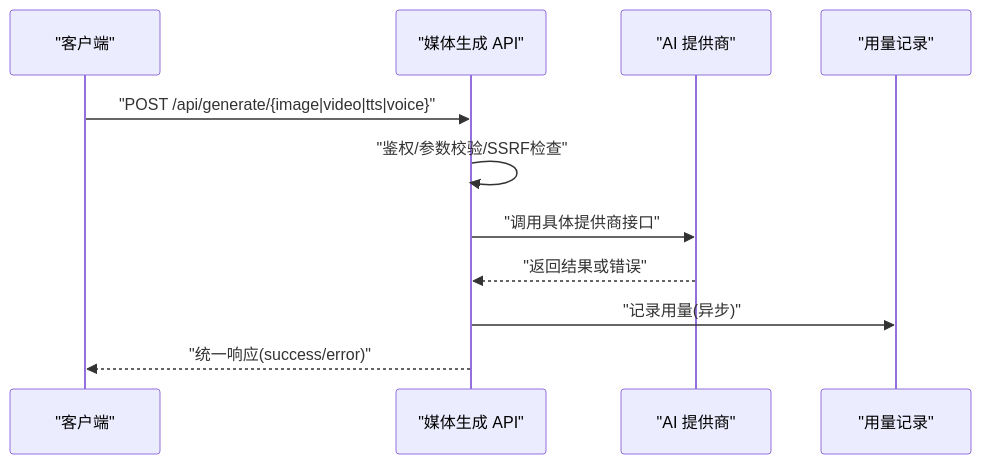
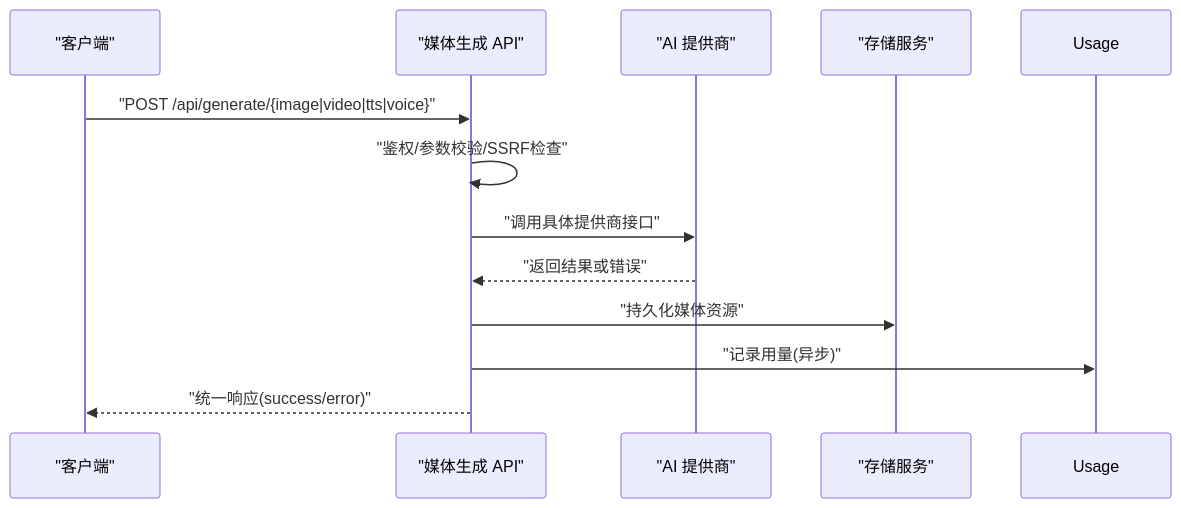
One commit to huangboheng/OpenMAIC changed the first of 7 diagrams in .qoder/repowiki/zh/content/API 接口参考/生成类 API/媒体生成 API.md. Above: the diagram before and after it, drawn with Mermaid. The commit also changed other lines of this file and 9 other files, not shown here.

````diff
--- a/.qoder/repowiki/zh/content/API 接口参考/生成类 API/媒体生成 API.md
+++ b/.qoder/repowiki/zh/content/API 接口参考/生成类 API/媒体生成 API.md
@@ -24,13 +36,14 @@
 ```mermaid
 sequenceDiagram
 participant Client as "客户端"
 participant API as "媒体生成 API"
 participant Provider as "AI 提供商"
-participant Usage as "用量记录"
+participant Storage as "存储服务"
 Client->>API : "POST /api/generate/{image|video|tts|voice}"
 API->>API : "鉴权/参数校验/SSRF检查"
 API->>Provider : "调用具体提供商接口"
 Provider-->>API : "返回结果或错误"
+API->>Storage : "持久化媒体资源"
 API->>Usage : "记录用量(异步)"
 API-->>Client : "统一响应(success/error)"
 ```
````
